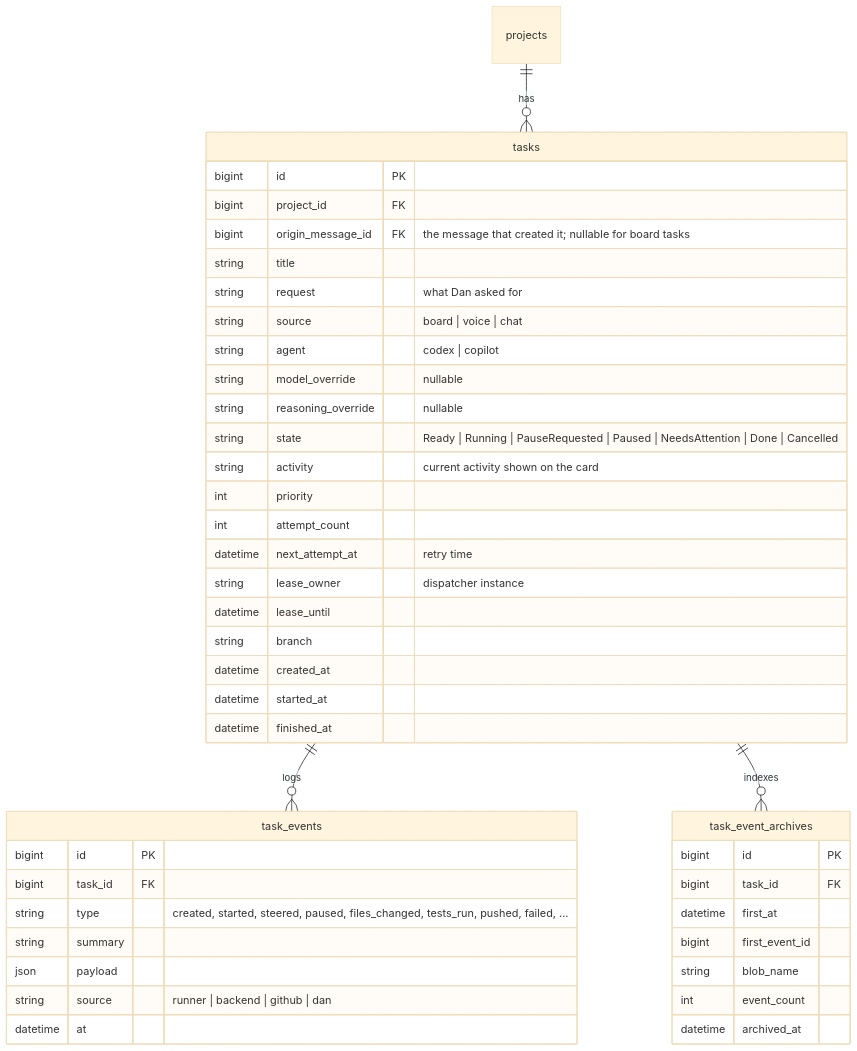
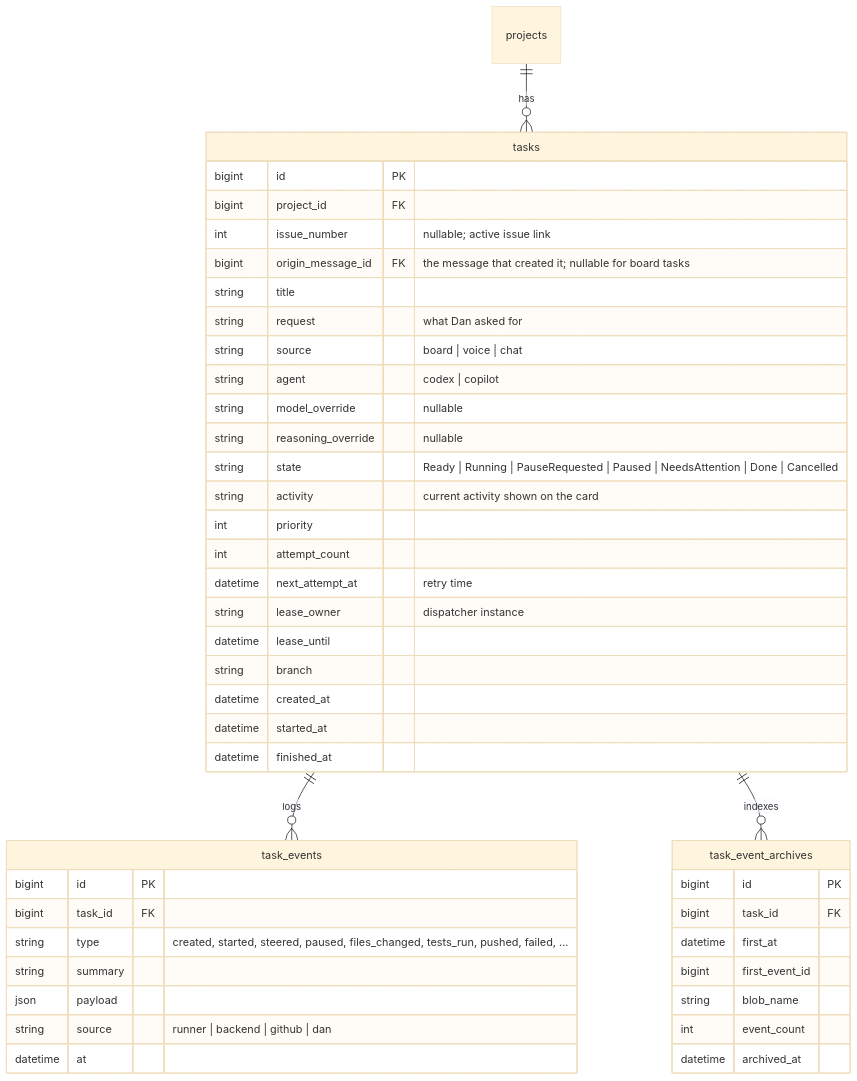
Before and after one commit to DanAakesen/jarvis: the fourth of 9 diagrams in docs/data-model.md, drawn with Mermaid (base theme). The commit also changed other lines of this file and 30 other files, not shown here.

````diff
--- a/docs/data-model.md
+++ b/docs/data-model.md
@@ -358,46 +358,47 @@
 ```mermaid
 erDiagram
     projects ||--o{ tasks : has
     tasks ||--o{ task_events : logs
     tasks ||--o{ task_event_archives : indexes
     tasks {
         bigint id PK
         bigint project_id FK
+        int issue_number "nullable; active issue link"
         bigint origin_message_id FK "the message that created it; nullable for board tasks"
         string title
         string request "what Dan asked for"
         string source "board | voice | chat"
         string agent "codex | copilot"
         string model_override "nullable"
         string reasoning_override "nullable"
         string state "Ready | Running | PauseRequested | Paused | NeedsAttention | Done | Cancelled"
         string activity "current activity shown on the card"
         int priority
         int attempt_count
         datetime next_attempt_at "retry time"
         string lease_owner "dispatcher instance"
         datetime lease_until
         string branch
         datetime created_at
         datetime started_at
         datetime finished_at
     }
     task_events {
         bigint id PK
         bigint task_id FK
         string type "created, started, steered, paused, files_changed, tests_run, pushed, failed, ..."
         string summary
         json payload
         string source "runner | backend | github | dan"
         datetime at
     }
     task_event_archives {
         bigint id PK
         bigint task_id FK
         datetime first_at
         bigint first_event_id
         string blob_name
         int event_count
         datetime archived_at
     }
 ```
````
